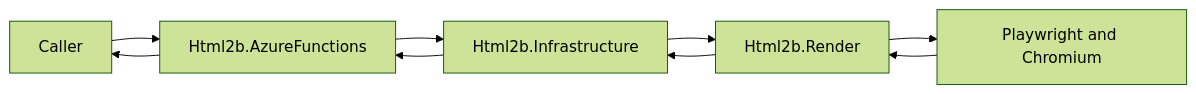
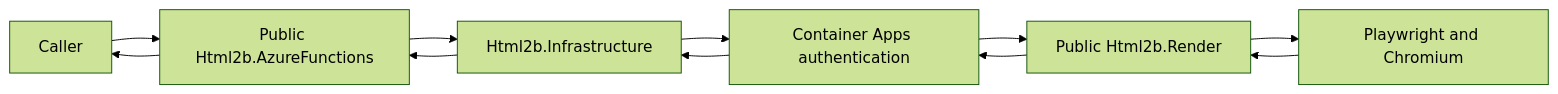
Before and after one commit to george-pov/html2b: the first of 2 diagrams in docs/api/architecture.md, drawn with Mermaid (forest theme). The commit also changed other lines of this file and 3 other files, not shown here.

````diff
--- a/docs/api/architecture.md
+++ b/docs/api/architecture.md
@@ -16,11 +22,13 @@
 ```mermaid
 flowchart LR
-    Caller["Caller"] --> Functions["Html2b.AzureFunctions"]
+    Caller["Caller"] --> Functions["Public Html2b.AzureFunctions"]
     Functions --> Infrastructure["Html2b.Infrastructure"]
-    Infrastructure --> Render["Html2b.Render"]
+    Infrastructure --> Auth["Container Apps authentication"]
+    Auth --> Render["Public Html2b.Render"]
     Render --> Chromium["Playwright and Chromium"]
     Chromium --> Render
-    Render --> Infrastructure
+    Render --> Auth
+    Auth --> Infrastructure
     Infrastructure --> Functions
     Functions --> Caller
 ```
````
